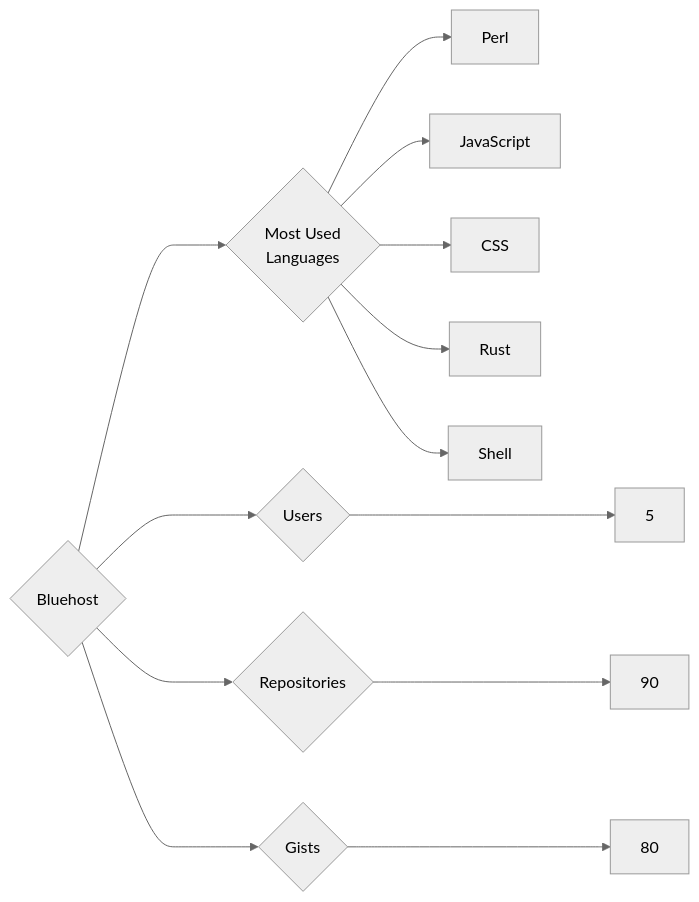
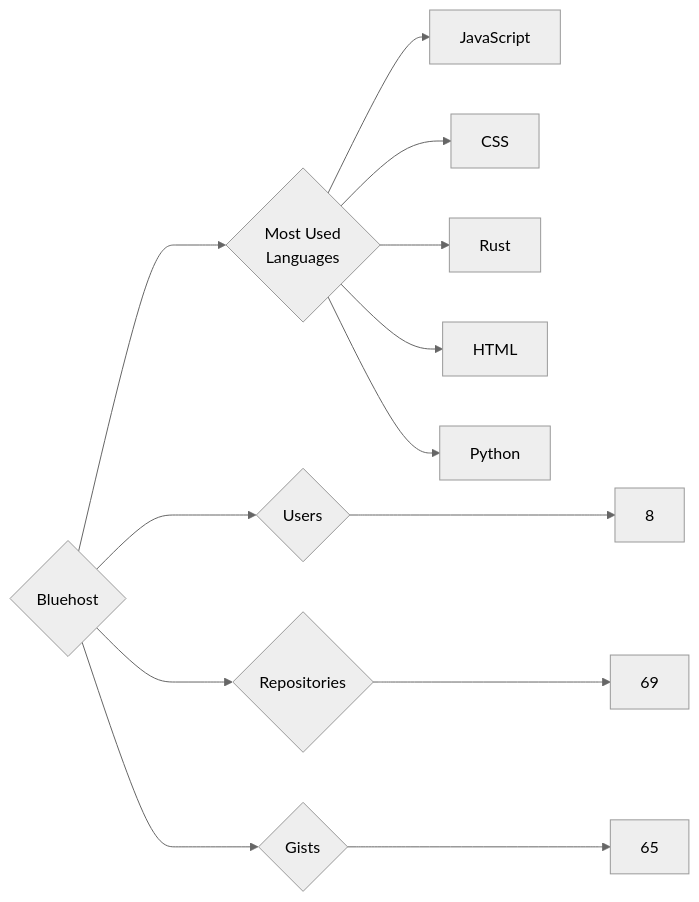
One commit to trickest/insiders changed the diagram in targets/Bluehost/README.md. Above: the diagram before and after it, drawn with Mermaid (neutral theme). The commit also changed 1123 other files, not shown here.

````diff
--- a/targets/Bluehost/README.md
+++ b/targets/Bluehost/README.md
@@ -3,13 +3,13 @@
 ```mermaid
 graph LR
 COMPANY_NAME{Bluehost}
-COMPANY_NAME ---> U{Users} ---> UN[5]
-COMPANY_NAME ---> R{Repositories} ---> RN[90]
-COMPANY_NAME ---> G{Gists} ---> GN[80]
+COMPANY_NAME ---> U{Users} ---> UN[8]
+COMPANY_NAME ---> R{Repositories} ---> RN[69]
+COMPANY_NAME ---> G{Gists} ---> GN[65]
 COMPANY_NAME ---> ML{Most Used<br>Languages}
-ML --> Perl[Perl]
 ML --> JavaScript[JavaScript]
 ML --> CSS[CSS]
 ML --> Rust[Rust]
-ML --> Shell[Shell]
+ML --> HTML[HTML]
+ML --> Python[Python]
 ```
````
